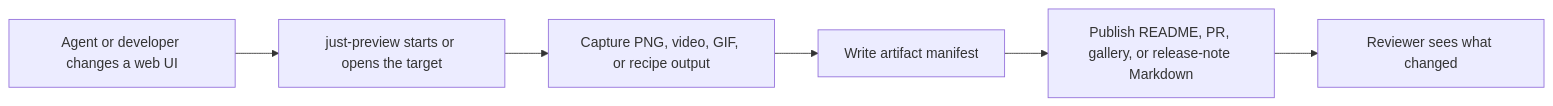
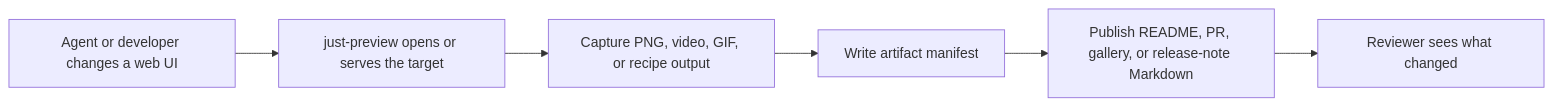
The diagram in README.md (Just-Agent/Just-Product-Preview), drawn with Mermaid before and after one commit. The commit also changed other lines of this file and 2 other files, not shown here.

````diff
--- a/README.md
+++ b/README.md
@@ -269,8 +281,8 @@
 ```mermaid
 flowchart LR
-    A["Agent or developer changes a web UI"] --> B["just-preview starts or opens the target"]
+    A["Agent or developer changes a web UI"] --> B["just-preview opens or serves the target"]
     B --> C["Capture PNG, video, GIF, or recipe output"]
     C --> D["Write artifact manifest"]
     D --> E["Publish README, PR, gallery, or release-note Markdown"]
     E --> F["Reviewer sees what changed"]
 ```
````
